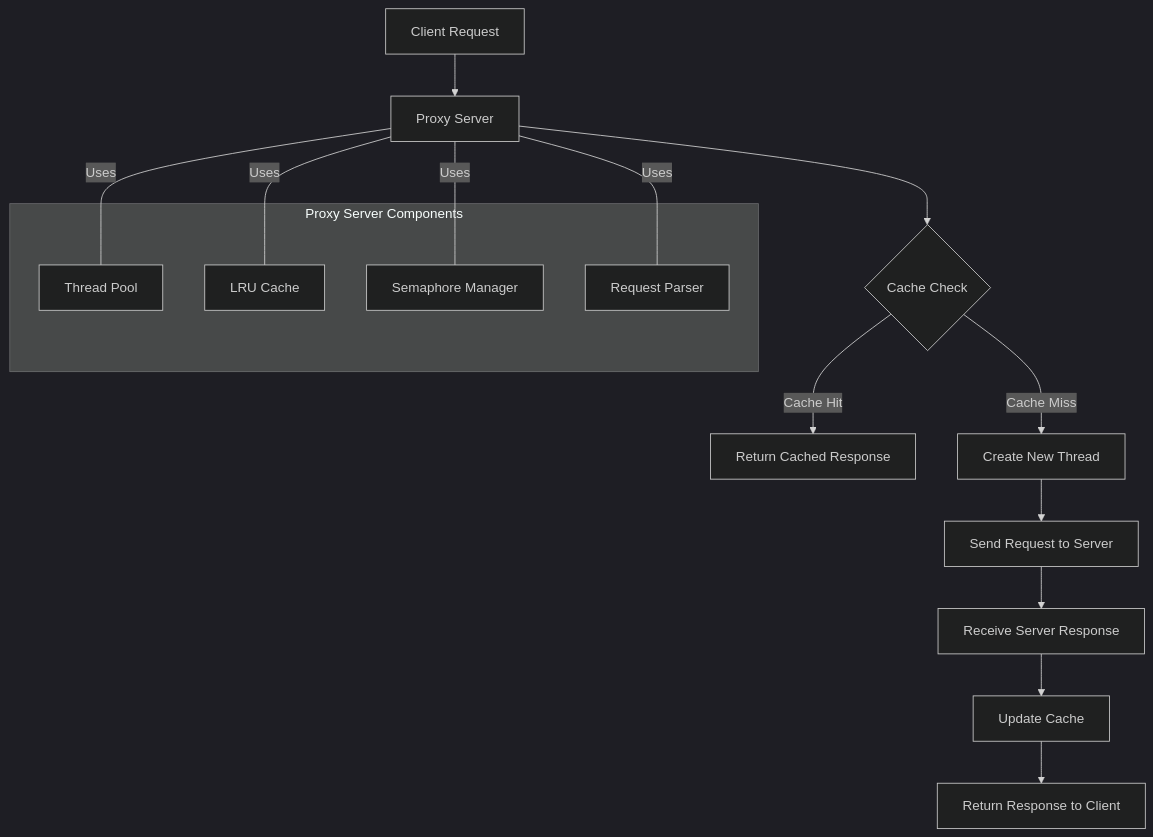
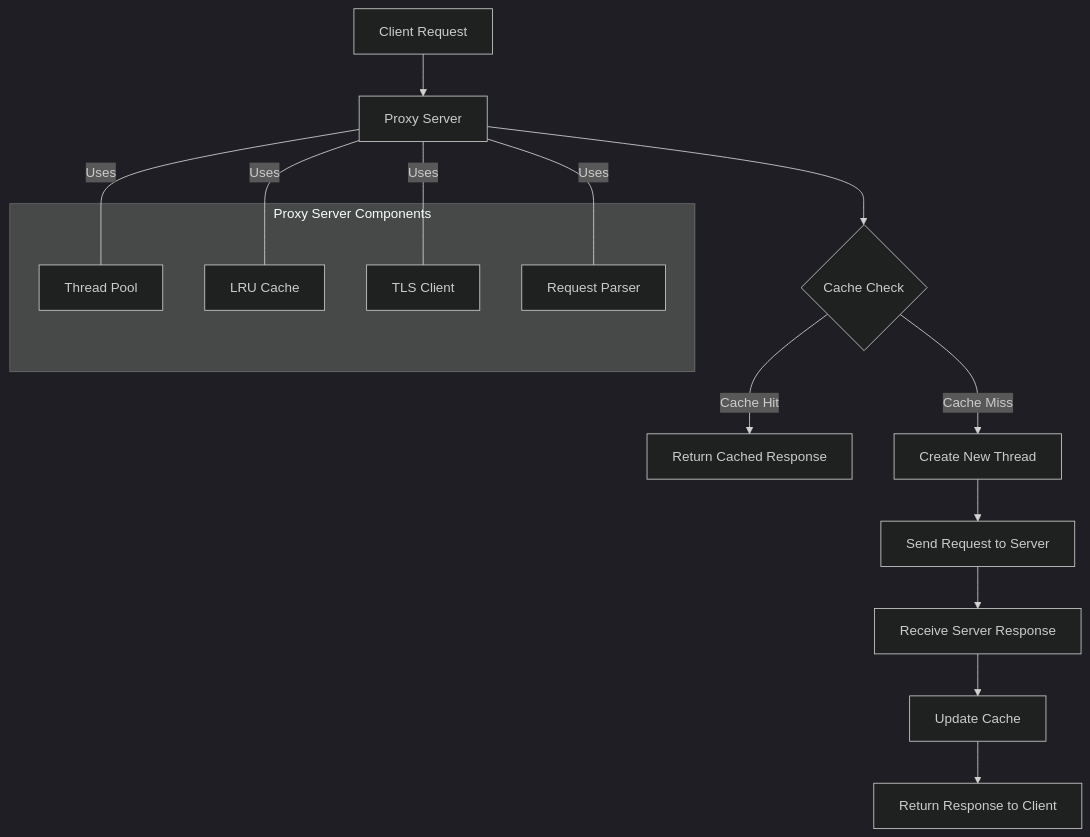
Before and after one commit to tejasvi541/Proxy-Server: the diagram in README.md, drawn with Mermaid (dark theme). The commit also changed other lines of this file and 33 other files, not shown here.

````diff
--- a/README.md
+++ b/README.md
@@ -25,23 +25,23 @@
 ```mermaid
 graph TD
     A[Client Request] --> B[Proxy Server]
     B --> C{Cache Check}
     C -->|Cache Hit| D[Return Cached Response]
     C -->|Cache Miss| E[Create New Thread]
     E --> F[Send Request to Server]
     F --> G[Receive Server Response]
     G --> H[Update Cache]
     H --> I[Return Response to Client]
 
     subgraph Proxy Server Components
     J[Thread Pool]
     K[LRU Cache]
-    L[Semaphore Manager]
+    L[TLS Client]
     M[Request Parser]
     end
 
     B ---|Uses| J
     B ---|Uses| K
     B ---|Uses| L
     B ---|Uses| M
 ```
````
